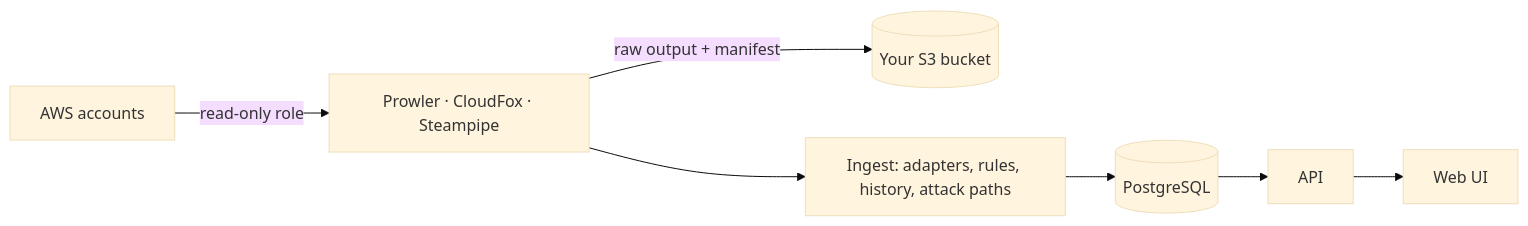
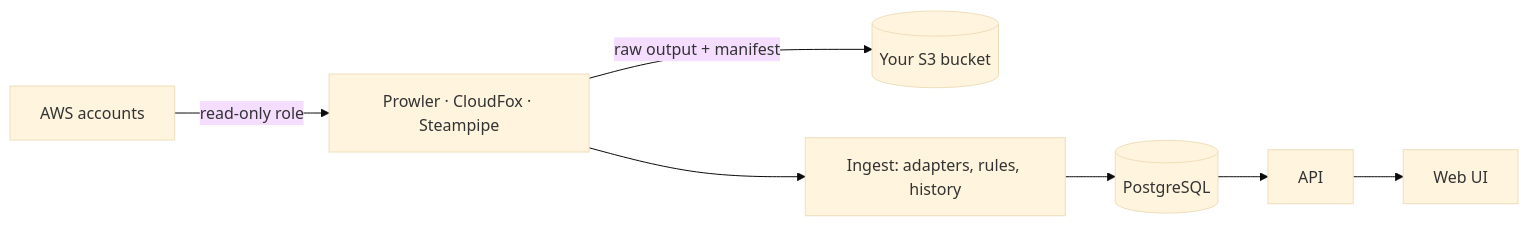
One commit to joaodll/catheris-argus changed the diagram in README.md. Above: the diagram before and after it, drawn with Mermaid (base theme). The commit also changed other lines of this file and 195 other files, not shown here.

First line of the commit message:
feat: remove the Resource map, Attack paths and Memgraph

````diff
--- a/README.md
+++ b/README.md
@@ -39,8 +33,8 @@
 ```mermaid
 flowchart LR
   clouds[AWS accounts] -->|read-only role| collectors[Prowler · CloudFox · Steampipe]
   collectors -->|raw output + manifest| s3[(Your S3 bucket)]
-  collectors --> ingest[Ingest: adapters, rules, history, attack paths]
+  collectors --> ingest[Ingest: adapters, rules, history]
   ingest --> pg[(PostgreSQL)]
   pg --> api[API] --> ui[Web UI]
 ```
````
